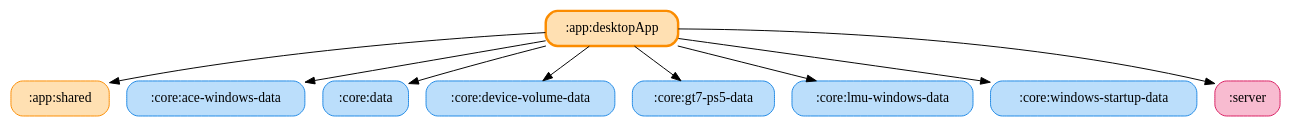
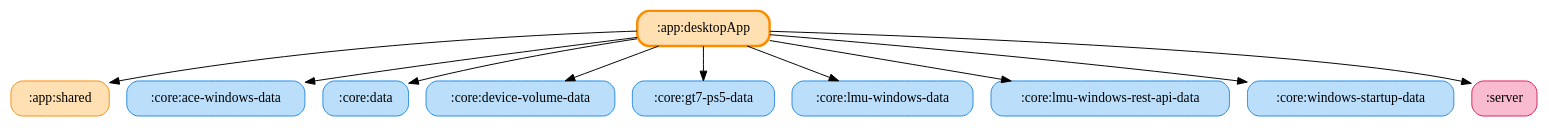
Before and after one commit to ai-kurou/KoDriver: the diagram in docs/graphs/app-desktopApp.gv, drawn with Graphviz. The commit also changed 5 other files, not shown here.

Commit message:
chore: update module graph images

```diff
--- a/docs/graphs/app-desktopApp.gv
+++ b/docs/graphs/app-desktopApp.gv
@@ -1,21 +1,23 @@
 digraph G {
   rankdir=TB
   node [shape=box, style="rounded,filled"]
   ":app:desktopApp" [fillcolor="#FFE0B2", color="#FB8C00", penwidth=2.5]
   ":app:shared" [fillcolor="#FFE0B2", color="#FB8C00", penwidth=1]
   ":core:ace-windows-data" [fillcolor="#BBDEFB", color="#1E88E5", penwidth=1]
   ":core:data" [fillcolor="#BBDEFB", color="#1E88E5", penwidth=1]
   ":core:device-volume-data" [fillcolor="#BBDEFB", color="#1E88E5", penwidth=1]
   ":core:gt7-ps5-data" [fillcolor="#BBDEFB", color="#1E88E5", penwidth=1]
   ":core:lmu-windows-data" [fillcolor="#BBDEFB", color="#1E88E5", penwidth=1]
+  ":core:lmu-windows-rest-api-data" [fillcolor="#BBDEFB", color="#1E88E5", penwidth=1]
   ":core:windows-startup-data" [fillcolor="#BBDEFB", color="#1E88E5", penwidth=1]
   ":server" [fillcolor="#F8BBD0", color="#D81B60", penwidth=1]
   ":app:desktopApp" -> ":app:shared"
   ":app:desktopApp" -> ":core:data"
   ":app:desktopApp" -> ":core:lmu-windows-data"
+  ":app:desktopApp" -> ":core:lmu-windows-rest-api-data"
   ":app:desktopApp" -> ":core:gt7-ps5-data"
   ":app:desktopApp" -> ":core:ace-windows-data"
   ":app:desktopApp" -> ":core:device-volume-data"
   ":app:desktopApp" -> ":core:windows-startup-data"
   ":app:desktopApp" -> ":server"
 }
```
